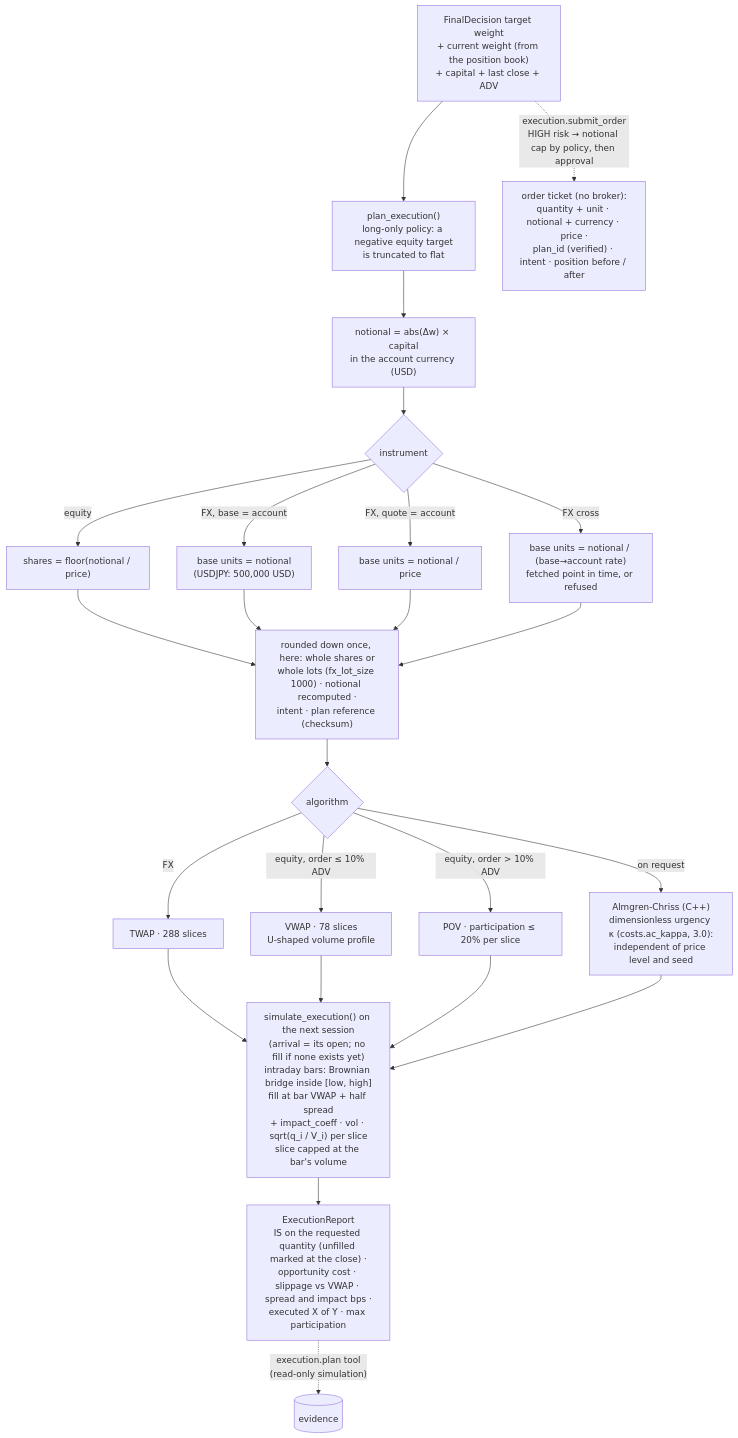
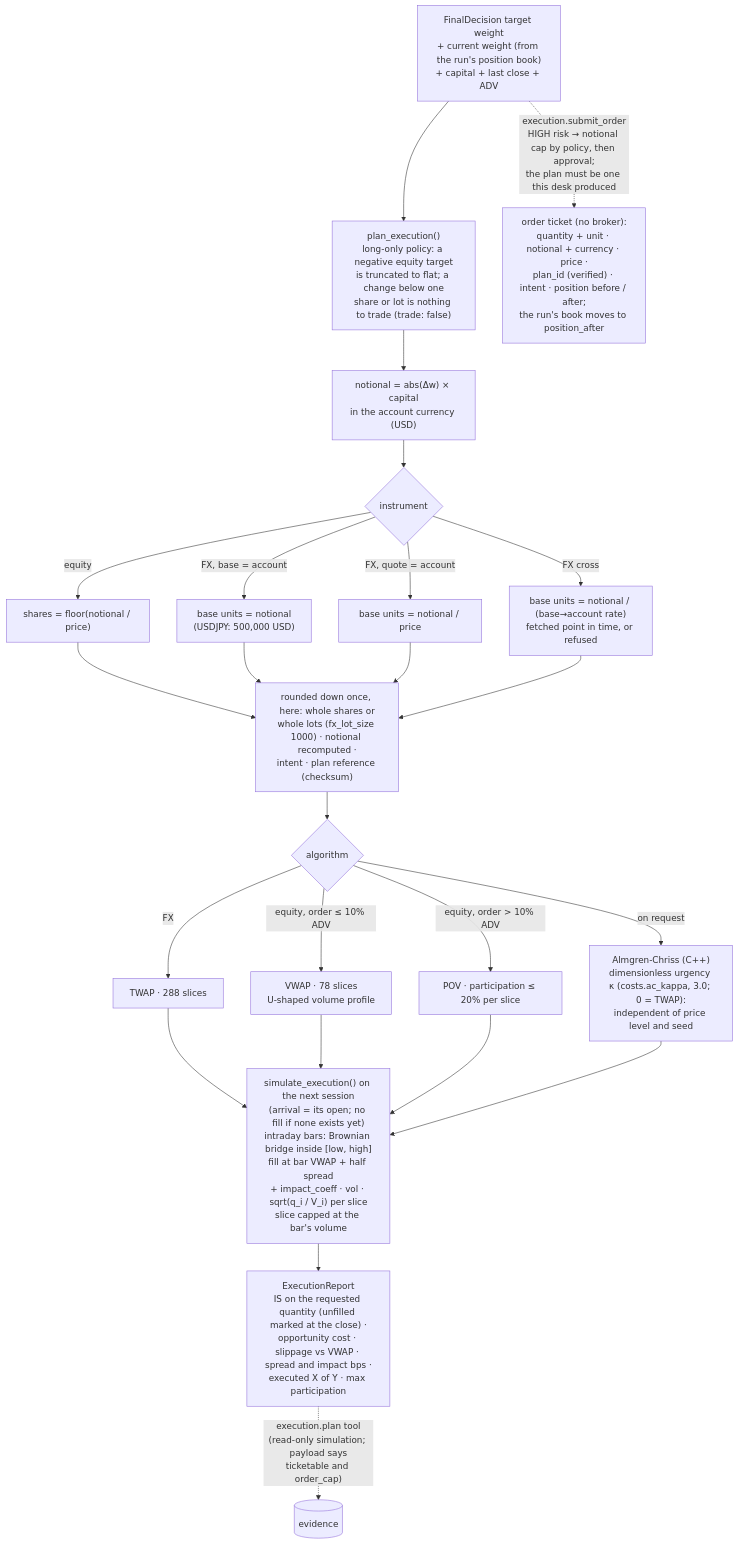
Before and after one commit to AshJha0/agentic-trader: diagram 21 of 30 in docs/DIAGRAMS.md, drawn with Mermaid. The commit also changed other lines of this file and 18 other files, not shown here.

````diff
--- a/docs/DIAGRAMS.md
+++ b/docs/DIAGRAMS.md
@@ -610,26 +610,26 @@
 ```mermaid
 flowchart TD
-    D["FinalDecision target weight<br/>+ current weight (from the position book)<br/>+ capital + last close + ADV"] --> PL["plan_execution()<br/>long-only policy: a negative equity target<br/>is truncated to flat"]
+    D["FinalDecision target weight<br/>+ current weight (from the run's position book)<br/>+ capital + last close + ADV"] --> PL["plan_execution()<br/>long-only policy: a negative equity target<br/>is truncated to flat; a change below one<br/>share or lot is nothing to trade (trade: false)"]
     PL --> N["notional = abs(Δw) × capital<br/>in the account currency (USD)"]
     N --> Q{"instrument"}
     Q -- equity --> QE["shares = floor(notional / price)"]
     Q -- "FX, base = account" --> QB["base units = notional<br/>(USDJPY: 500,000 USD)"]
     Q -- "FX, quote = account" --> QQ["base units = notional / price"]
     Q -- "FX cross" --> QX["base units = notional / (base→account rate)<br/>fetched point in time, or refused"]
     QE --> LOT["rounded down once, here: whole shares or<br/>whole lots (fx_lot_size 1000) · notional recomputed ·<br/>intent · plan reference (checksum)"]
     QB --> LOT
     QQ --> LOT
     QX --> LOT
     LOT --> ALG{"algorithm"}
     ALG -- "FX" --> TWAP["TWAP · 288 slices"]
     ALG -- "equity, order ≤ 10% ADV" --> VWAP["VWAP · 78 slices<br/>U-shaped volume profile"]
     ALG -- "equity, order > 10% ADV" --> POV["POV · participation ≤ 20% per slice"]
-    ALG -- "on request" --> AC["Almgren-Chriss (C++)<br/>dimensionless urgency κ (costs.ac_kappa, 3.0):<br/>independent of price level and seed"]
+    ALG -- "on request" --> AC["Almgren-Chriss (C++)<br/>dimensionless urgency κ (costs.ac_kappa, 3.0; 0 = TWAP):<br/>independent of price level and seed"]
     TWAP --> SIM
     VWAP --> SIM
     POV --> SIM
     AC --> SIM["simulate_execution() on the next session<br/>(arrival = its open; no fill if none exists yet)<br/>intraday bars: Brownian bridge inside [low, high]<br/>fill at bar VWAP + half spread<br/>+ impact_coeff · vol · sqrt(q_i / V_i) per slice<br/>slice capped at the bar's volume"]
     SIM --> OUT["ExecutionReport<br/>IS on the requested quantity (unfilled marked at the close) ·<br/>opportunity cost · slippage vs VWAP · spread and impact bps ·<br/>executed X of Y · max participation"]
-    OUT -.->|"execution.plan tool<br/>(read-only simulation)"| EV[(evidence)]
-    D -.->|"execution.submit_order<br/>HIGH risk → notional cap by policy, then approval"| TICKET["order ticket (no broker):<br/>quantity + unit · notional + currency · price ·<br/>plan_id (verified) · intent · position before / after"]
+    OUT -.->|"execution.plan tool<br/>(read-only simulation; payload says<br/>ticketable and order_cap)"| EV[(evidence)]
+    D -.->|"execution.submit_order<br/>HIGH risk → notional cap by policy, then approval;<br/>the plan must be one this desk produced"| TICKET["order ticket (no broker):<br/>quantity + unit · notional + currency · price ·<br/>plan_id (verified) · intent · position before / after;<br/>the run's book moves to position_after"]
 ```
````
